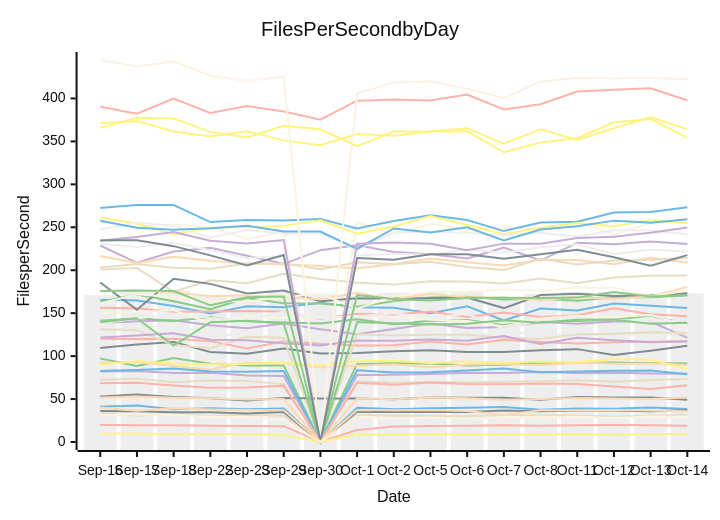
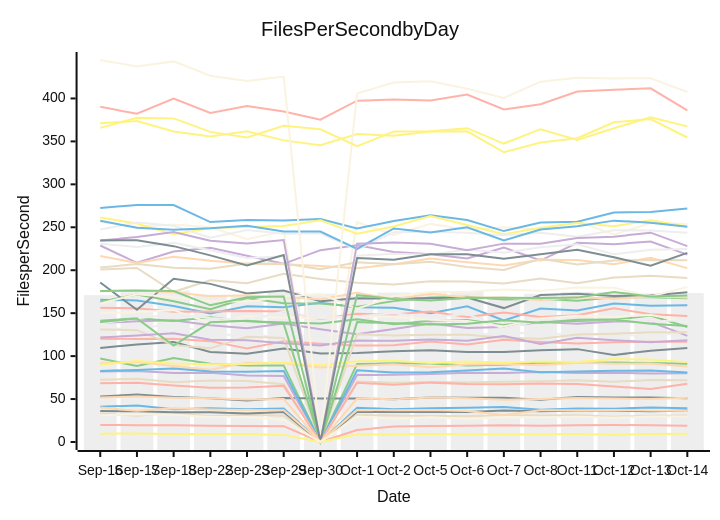
One commit to streetsidesoftware/cspell changed the diagram in perf-report.md. Above: the diagram before and after it, drawn with Mermaid (neutral theme). The commit also changed other lines of this file and 1 other file, not shown here.

````diff
--- a/perf-report.md
+++ b/perf-report.md
@@ -10,56 +10,56 @@
 ```mermaid
 xychart-beta
     title Files Per Second by Day
     y-axis Files per Second
     x-axis Date [Sep-16, Sep-17, Sep-18, Sep-22, Sep-23, Sep-29, Sep-30, Oct-1, Oct-2, Oct-5, Oct-6, Oct-7, Oct-8, Oct-11, Oct-12, Oct-13, Oct-14]
-    bar [170.99, 174.42, 176.15, 171.49, 170.60, 174.68, 172.58, 170.62, 174.06, 173.76, 175.18, 167.77, 172.56, 174.72, 174.80, 173.09, 173.07]
-    line [165.69, 164.68, 158.25, 149.51, 158.09, 156.96, 161.98, 156.93, 156.41, 149.87, 157.99, 141.60, 155.38, 153.06, 161.38, 158.74, 155.97]
-    line [97.25, 88.47, 97.89, 91.06, 89.08, 89.06, 0.00, 90.96, 91.55, 91.45, 89.01, 89.93, 92.54, 91.94, 92.43, 91.86, 91.43]
-    line [138.57, 140.62, 141.72, 135.93, 132.42, 137.90, 131.39, 125.40, 131.62, 137.96, 132.77, 133.94, 139.73, 137.65, 140.36, 140.00, 121.49]
-    line [200.94, 202.64, 174.86, 188.42, 184.98, 195.97, 189.74, 185.35, 183.52, 187.14, 186.91, 184.49, 190.34, 184.90, 191.40, 193.56, 193.91]
-    line [120.09, 120.05, 120.31, 117.43, 109.01, 117.33, 114.51, 112.29, 112.71, 117.07, 113.67, 118.94, 116.57, 114.56, 116.10, 116.86, 117.70]
-    line [371.23, 373.66, 361.57, 355.78, 361.81, 351.17, 345.43, 358.65, 356.52, 361.50, 361.77, 337.36, 348.77, 353.66, 372.23, 376.04, 354.51]
-    line [109.51, 113.51, 116.46, 104.81, 102.79, 108.89, 103.13, 103.52, 105.79, 106.73, 104.92, 104.71, 106.75, 108.13, 101.27, 106.27, 112.19]
-    line [91.70, 93.14, 88.50, 84.12, 92.41, 91.76, 86.84, 88.64, 90.41, 87.11, 90.10, 90.92, 89.47, 92.20, 91.07, 91.35, 89.78]
-    line [256.30, 250.62, 253.31, 250.10, 236.21, 245.48, 0.00, 255.93, 241.02, 253.94, 247.24, 250.16, 247.84, 257.30, 241.45, 254.85, 256.56]
-    line [131.30, 132.64, 136.81, 125.88, 123.97, 123.26, 124.35, 122.36, 124.05, 124.82, 124.36, 126.90, 126.65, 124.16, 125.33, 122.83, 127.53]
-    line [272.54, 275.91, 275.97, 256.03, 258.54, 258.01, 259.58, 248.67, 257.34, 264.03, 258.40, 245.57, 255.62, 256.53, 267.31, 267.66, 273.39]
-    line [141.14, 143.95, 140.92, 145.29, 140.59, 139.11, 138.01, 142.88, 137.23, 141.05, 142.08, 136.09, 140.30, 140.84, 142.21, 147.18, 137.06]
-    line [228.77, 208.66, 221.89, 226.09, 216.90, 207.46, 223.39, 229.16, 221.30, 218.51, 213.71, 226.50, 211.28, 231.85, 230.37, 233.32, 230.64]
-    line [130.97, 130.22, 113.06, 109.25, 122.56, 121.09, 0.00, 125.59, 123.97, 124.90, 124.88, 121.42, 120.13, 125.23, 126.18, 127.75, 126.92]
-    line [156.36, 155.63, 151.63, 151.94, 152.50, 152.06, 143.32, 149.19, 148.32, 152.02, 145.55, 150.72, 145.51, 147.65, 155.73, 148.69, 146.37]
-    line [261.30, 254.48, 241.79, 249.14, 250.28, 251.57, 258.18, 242.58, 250.83, 263.10, 252.70, 241.96, 249.38, 255.08, 251.27, 258.06, 255.05]
-    line [52.86, 55.21, 52.35, 50.94, 48.45, 51.30, 50.59, 50.58, 49.72, 51.81, 51.47, 51.46, 49.27, 52.29, 51.68, 51.92, 49.16]
-    line [216.66, 208.33, 215.69, 211.15, 207.60, 206.93, 205.06, 202.44, 206.85, 213.52, 209.33, 205.65, 212.19, 211.98, 207.11, 214.60, 209.10]
-    line [150.27, 151.44, 153.53, 138.23, 146.78, 144.54, 144.66, 146.29, 145.95, 142.41, 140.78, 134.58, 143.93, 146.90, 145.68, 147.98, 135.81]
-    line [247.48, 255.65, 251.83, 237.98, 246.89, 242.54, 243.09, 224.03, 244.08, 244.73, 243.65, 240.74, 243.74, 239.12, 246.59, 246.26, 241.93]
-    line [257.49, 249.43, 247.25, 248.88, 251.75, 245.20, 245.06, 224.85, 248.59, 243.98, 250.11, 234.68, 247.40, 251.29, 257.74, 255.41, 259.28]
-    line [163.08, 171.82, 163.97, 154.58, 167.67, 161.60, 161.14, 157.44, 164.03, 168.37, 169.06, 165.80, 166.84, 164.39, 168.52, 168.53, 170.44]
-    line [121.66, 124.08, 126.72, 119.08, 118.45, 114.87, 112.49, 118.05, 117.81, 119.24, 117.86, 123.32, 114.00, 121.45, 118.50, 116.19, 116.94]
-    line [203.09, 207.23, 202.88, 201.82, 207.79, 207.90, 201.29, 209.19, 206.95, 209.81, 203.73, 200.20, 213.26, 206.70, 211.33, 212.01, 214.13]
-    line [390.24, 382.26, 399.81, 383.04, 391.20, 384.82, 375.34, 397.41, 398.74, 397.51, 404.63, 387.08, 393.22, 408.11, 410.12, 411.75, 397.97]
-    line [89.86, 94.27, 91.54, 90.45, 90.71, 92.55, 89.39, 93.96, 94.53, 91.86, 93.63, 92.24, 93.65, 93.28, 96.70, 96.06, 84.96]
-    line [185.74, 153.97, 189.99, 184.11, 172.95, 176.46, 163.78, 167.39, 166.94, 167.31, 168.16, 155.92, 171.13, 172.58, 170.12, 170.46, 173.33]
-    line [175.60, 176.44, 174.39, 169.65, 170.91, 168.95, 166.28, 173.86, 166.13, 172.49, 168.21, 168.21, 165.09, 168.91, 166.70, 169.55, 180.50]
-    line [161.23, 172.09, 168.48, 164.20, 163.31, 169.03, 172.29, 155.24, 169.60, 174.57, 174.90, 177.64, 175.96, 179.86, 179.47, 169.37, 176.48]
-    line [137.67, 143.95, 148.30, 144.49, 142.14, 152.04, 143.84, 146.29, 149.93, 144.74, 149.38, 131.76, 142.06, 143.05, 142.42, 140.40, 141.50]
-    line [41.01, 42.53, 38.05, 39.43, 38.14, 38.94, 0.00, 39.96, 38.12, 39.36, 39.89, 40.71, 37.67, 39.08, 38.81, 40.21, 38.53]
-    line [139.70, 143.74, 112.39, 139.33, 141.10, 137.72, 0.00, 139.61, 138.23, 136.68, 137.77, 141.66, 138.90, 142.32, 142.51, 137.71, 138.73]
-    line [82.19, 82.78, 80.29, 80.65, 77.47, 76.93, 0.00, 78.07, 78.18, 79.10, 80.49, 80.39, 81.56, 80.21, 80.63, 79.72, 79.60]
-    line [33.18, 30.65, 34.02, 29.87, 31.63, 30.68, 0.00, 31.32, 30.89, 30.33, 30.00, 31.45, 30.76, 31.21, 29.46, 30.45, 31.71]
-    line [19.75, 19.58, 19.44, 18.99, 18.71, 18.44, 0.00, 13.99, 17.93, 18.69, 18.90, 19.50, 18.93, 19.44, 19.72, 19.51, 18.96]
-    line [9.68, 9.92, 9.37, 9.23, 9.26, 8.29, 0.00, 8.90, 8.75, 9.30, 8.76, 9.01, 8.84, 9.20, 8.48, 9.17, 9.20]
-    line [35.98, 35.70, 34.54, 34.55, 33.11, 34.81, 0.00, 35.17, 34.81, 34.91, 35.03, 36.57, 35.78, 36.79, 36.72, 35.66, 37.22]
-    line [40.08, 36.34, 39.18, 37.74, 37.18, 36.89, 0.00, 37.27, 36.89, 37.25, 36.15, 31.44, 37.05, 36.96, 37.36, 36.75, 35.81]
-    line [444.77, 437.29, 443.15, 426.39, 420.42, 425.42, 0.00, 405.76, 418.50, 419.89, 411.38, 400.59, 419.52, 424.04, 423.37, 423.41, 422.78]
-    line [230.87, 227.16, 231.88, 223.22, 214.31, 216.24, 0.00, 216.91, 219.11, 218.12, 224.03, 220.33, 226.62, 230.28, 218.75, 223.84, 221.67]
-    line [82.79, 83.96, 85.57, 82.01, 81.81, 82.67, 0.00, 83.49, 80.99, 81.07, 83.35, 85.60, 81.23, 82.10, 82.91, 83.29, 78.77]
-    line [175.73, 176.36, 175.75, 159.14, 168.41, 169.31, 0.00, 170.99, 166.63, 164.65, 167.66, 167.88, 167.80, 168.10, 174.64, 169.36, 171.06]
-    line [234.60, 238.64, 244.36, 234.31, 230.98, 235.16, 0.00, 230.90, 232.18, 230.80, 223.37, 230.96, 230.80, 237.38, 239.08, 243.71, 249.75]
-    line [72.34, 73.59, 69.54, 71.59, 70.97, 67.35, 0.00, 70.29, 68.90, 69.72, 69.41, 70.25, 70.73, 71.85, 70.24, 72.17, 73.44]
-    line [68.51, 69.01, 65.91, 63.15, 63.41, 65.35, 0.00, 69.02, 66.69, 69.13, 67.47, 67.16, 68.00, 67.55, 64.68, 61.84, 65.95]
-    line [365.71, 377.56, 376.77, 361.09, 354.59, 368.19, 364.07, 344.36, 361.41, 361.68, 365.40, 347.49, 364.22, 351.61, 365.32, 378.13, 364.26]
-    line [234.72, 234.92, 228.04, 217.32, 205.66, 217.69, 0.00, 214.10, 212.26, 218.65, 218.73, 213.23, 218.63, 223.89, 215.19, 205.22, 217.54]
-    line [51.77, 53.09, 51.40, 50.85, 49.44, 50.07, 0.00, 50.63, 49.63, 51.74, 50.84, 49.20, 50.07, 51.24, 50.63, 50.15, 51.76]
-    line [31.17, 32.23, 31.60, 29.23, 29.18, 25.62, 0.00, 29.72, 27.11, 28.75, 26.92, 29.01, 28.90, 29.46, 28.10, 29.78, 29.34]
+    bar [170.99, 174.42, 176.15, 171.49, 170.60, 174.68, 172.58, 170.62, 174.06, 173.76, 175.18, 167.77, 172.56, 174.72, 174.80, 173.09, 173.37]
+    line [165.69, 164.68, 158.25, 149.51, 158.09, 156.96, 161.98, 156.93, 156.41, 149.87, 157.99, 141.60, 155.38, 153.06, 161.38, 158.74, 159.24]
+    line [97.25, 88.47, 97.89, 91.06, 89.08, 89.06, 0.00, 90.96, 91.55, 91.45, 89.01, 89.93, 92.54, 91.94, 92.43, 91.86, 91.14]
+    line [138.57, 140.62, 141.72, 135.93, 132.42, 137.90, 131.39, 125.40, 131.62, 137.96, 132.77, 133.94, 139.73, 137.65, 140.36, 140.00, 123.61]
+    line [200.94, 202.64, 174.86, 188.42, 184.98, 195.97, 189.74, 185.35, 183.52, 187.14, 186.91, 184.49, 190.34, 184.90, 191.40, 193.56, 191.09]
+    line [120.09, 120.05, 120.31, 117.43, 109.01, 117.33, 114.51, 112.29, 112.71, 117.07, 113.67, 118.94, 116.57, 114.56, 116.10, 116.86, 116.83]
+    line [371.23, 373.66, 361.57, 355.78, 361.81, 351.17, 345.43, 358.65, 356.52, 361.50, 361.77, 337.36, 348.77, 353.66, 372.23, 376.04, 354.55]
+    line [109.51, 113.51, 116.46, 104.81, 102.79, 108.89, 103.13, 103.52, 105.79, 106.73, 104.92, 104.71, 106.75, 108.13, 101.27, 106.27, 109.34]
+    line [91.70, 93.14, 88.50, 84.12, 92.41, 91.76, 86.84, 88.64, 90.41, 87.11, 90.10, 90.92, 89.47, 92.20, 91.07, 91.35, 87.96]
+    line [256.30, 250.62, 253.31, 250.10, 236.21, 245.48, 0.00, 255.93, 241.02, 253.94, 247.24, 250.16, 247.84, 257.30, 241.45, 254.85, 253.81]
+    line [131.30, 132.64, 136.81, 125.88, 123.97, 123.26, 124.35, 122.36, 124.05, 124.82, 124.36, 126.90, 126.65, 124.16, 125.33, 122.83, 128.73]
+    line [272.54, 275.91, 275.97, 256.03, 258.54, 258.01, 259.58, 248.67, 257.34, 264.03, 258.40, 245.57, 255.62, 256.53, 267.31, 267.66, 271.96]
+    line [141.14, 143.95, 140.92, 145.29, 140.59, 139.11, 138.01, 142.88, 137.23, 141.05, 142.08, 136.09, 140.30, 140.84, 142.21, 147.18, 133.82]
+    line [228.77, 208.66, 221.89, 226.09, 216.90, 207.46, 223.39, 229.16, 221.30, 218.51, 213.71, 226.50, 211.28, 231.85, 230.37, 233.32, 218.23]
+    line [130.97, 130.22, 113.06, 109.25, 122.56, 121.09, 0.00, 125.59, 123.97, 124.90, 124.88, 121.42, 120.13, 125.23, 126.18, 127.75, 127.77]
+    line [156.36, 155.63, 151.63, 151.94, 152.50, 152.06, 143.32, 149.19, 148.32, 152.02, 145.55, 150.72, 145.51, 147.65, 155.73, 148.69, 146.82]
+    line [261.30, 254.48, 241.79, 249.14, 250.28, 251.57, 258.18, 242.58, 250.83, 263.10, 252.70, 241.96, 249.38, 255.08, 251.27, 258.06, 251.04]
+    line [52.86, 55.21, 52.35, 50.94, 48.45, 51.30, 50.59, 50.58, 49.72, 51.81, 51.47, 51.46, 49.27, 52.29, 51.68, 51.92, 50.91]
+    line [216.66, 208.33, 215.69, 211.15, 207.60, 206.93, 205.06, 202.44, 206.85, 213.52, 209.33, 205.65, 212.19, 211.98, 207.11, 214.60, 202.46]
+    line [150.27, 151.44, 153.53, 138.23, 146.78, 144.54, 144.66, 146.29, 145.95, 142.41, 140.78, 134.58, 143.93, 146.90, 145.68, 147.98, 140.44]
+    line [247.48, 255.65, 251.83, 237.98, 246.89, 242.54, 243.09, 224.03, 244.08, 244.73, 243.65, 240.74, 243.74, 239.12, 246.59, 246.26, 243.61]
+    line [257.49, 249.43, 247.25, 248.88, 251.75, 245.20, 245.06, 224.85, 248.59, 243.98, 250.11, 234.68, 247.40, 251.29, 257.74, 255.41, 250.57]
+    line [163.08, 171.82, 163.97, 154.58, 167.67, 161.60, 161.14, 157.44, 164.03, 168.37, 169.06, 165.80, 166.84, 164.39, 168.52, 168.53, 167.35]
+    line [121.66, 124.08, 126.72, 119.08, 118.45, 114.87, 112.49, 118.05, 117.81, 119.24, 117.86, 123.32, 114.00, 121.45, 118.50, 116.19, 118.44]
+    line [203.09, 207.23, 202.88, 201.82, 207.79, 207.90, 201.29, 209.19, 206.95, 209.81, 203.73, 200.20, 213.26, 206.70, 211.33, 212.01, 211.48]
+    line [390.24, 382.26, 399.81, 383.04, 391.20, 384.82, 375.34, 397.41, 398.74, 397.51, 404.63, 387.08, 393.22, 408.11, 410.12, 411.75, 386.03]
+    line [89.86, 94.27, 91.54, 90.45, 90.71, 92.55, 89.39, 93.96, 94.53, 91.86, 93.63, 92.24, 93.65, 93.28, 96.70, 96.06, 93.00]
+    line [185.74, 153.97, 189.99, 184.11, 172.95, 176.46, 163.78, 167.39, 166.94, 167.31, 168.16, 155.92, 171.13, 172.58, 170.12, 170.46, 174.49]
+    line [175.60, 176.44, 174.39, 169.65, 170.91, 168.95, 166.28, 173.86, 166.13, 172.49, 168.21, 168.21, 165.09, 168.91, 166.70, 169.55, 168.33]
+    line [161.23, 172.09, 168.48, 164.20, 163.31, 169.03, 172.29, 155.24, 169.60, 174.57, 174.90, 177.64, 175.96, 179.86, 179.47, 169.37, 180.42]
+    line [137.67, 143.95, 148.30, 144.49, 142.14, 152.04, 143.84, 146.29, 149.93, 144.74, 149.38, 131.76, 142.06, 143.05, 142.42, 140.40, 142.06]
+    line [41.01, 42.53, 38.05, 39.43, 38.14, 38.94, 0.00, 39.96, 38.12, 39.36, 39.89, 40.71, 37.67, 39.08, 38.81, 40.21, 39.36]
+    line [139.70, 143.74, 112.39, 139.33, 141.10, 137.72, 0.00, 139.61, 138.23, 136.68, 137.77, 141.66, 138.90, 142.32, 142.51, 137.71, 135.01]
+    line [82.19, 82.78, 80.29, 80.65, 77.47, 76.93, 0.00, 78.07, 78.18, 79.10, 80.49, 80.39, 81.56, 80.21, 80.63, 79.72, 79.95]
+    line [33.18, 30.65, 34.02, 29.87, 31.63, 30.68, 0.00, 31.32, 30.89, 30.33, 30.00, 31.45, 30.76, 31.21, 29.46, 30.45, 30.91]
+    line [19.75, 19.58, 19.44, 18.99, 18.71, 18.44, 0.00, 13.99, 17.93, 18.69, 18.90, 19.50, 18.93, 19.44, 19.72, 19.51, 18.92]
+    line [9.68, 9.92, 9.37, 9.23, 9.26, 8.29, 0.00, 8.90, 8.75, 9.30, 8.76, 9.01, 8.84, 9.20, 8.48, 9.17, 9.48]
+    line [35.98, 35.70, 34.54, 34.55, 33.11, 34.81, 0.00, 35.17, 34.81, 34.91, 35.03, 36.57, 35.78, 36.79, 36.72, 35.66, 36.75]
+    line [40.08, 36.34, 39.18, 37.74, 37.18, 36.89, 0.00, 37.27, 36.89, 37.25, 36.15, 31.44, 37.05, 36.96, 37.36, 36.75, 36.38]
+    line [444.77, 437.29, 443.15, 426.39, 420.42, 425.42, 0.00, 405.76, 418.50, 419.89, 411.38, 400.59, 419.52, 424.04, 423.37, 423.41, 407.55]
+    line [230.87, 227.16, 231.88, 223.22, 214.31, 216.24, 0.00, 216.91, 219.11, 218.12, 224.03, 220.33, 226.62, 230.28, 218.75, 223.84, 224.67]
+    line [82.79, 83.96, 85.57, 82.01, 81.81, 82.67, 0.00, 83.49, 80.99, 81.07, 83.35, 85.60, 81.23, 82.10, 82.91, 83.29, 81.05]
+    line [175.73, 176.36, 175.75, 159.14, 168.41, 169.31, 0.00, 170.99, 166.63, 164.65, 167.66, 167.88, 167.80, 168.10, 174.64, 169.36, 170.48]
+    line [234.60, 238.64, 244.36, 234.31, 230.98, 235.16, 0.00, 230.90, 232.18, 230.80, 223.37, 230.96, 230.80, 237.38, 239.08, 243.71, 228.11]
+    line [72.34, 73.59, 69.54, 71.59, 70.97, 67.35, 0.00, 70.29, 68.90, 69.72, 69.41, 70.25, 70.73, 71.85, 70.24, 72.17, 71.82]
+    line [68.51, 69.01, 65.91, 63.15, 63.41, 65.35, 0.00, 69.02, 66.69, 69.13, 67.47, 67.16, 68.00, 67.55, 64.68, 61.84, 67.72]
+    line [365.71, 377.56, 376.77, 361.09, 354.59, 368.19, 364.07, 344.36, 361.41, 361.68, 365.40, 347.49, 364.22, 351.61, 365.32, 378.13, 367.52]
+    line [234.72, 234.92, 228.04, 217.32, 205.66, 217.69, 0.00, 214.10, 212.26, 218.65, 218.73, 213.23, 218.63, 223.89, 215.19, 205.22, 220.23]
+    line [51.77, 53.09, 51.40, 50.85, 49.44, 50.07, 0.00, 50.63, 49.63, 51.74, 50.84, 49.20, 50.07, 51.24, 50.63, 50.15, 51.45]
+    line [31.17, 32.23, 31.60, 29.23, 29.18, 25.62, 0.00, 29.72, 27.11, 28.75, 26.92, 29.01, 28.90, 29.46, 28.10, 29.78, 29.63]
 ```
````
